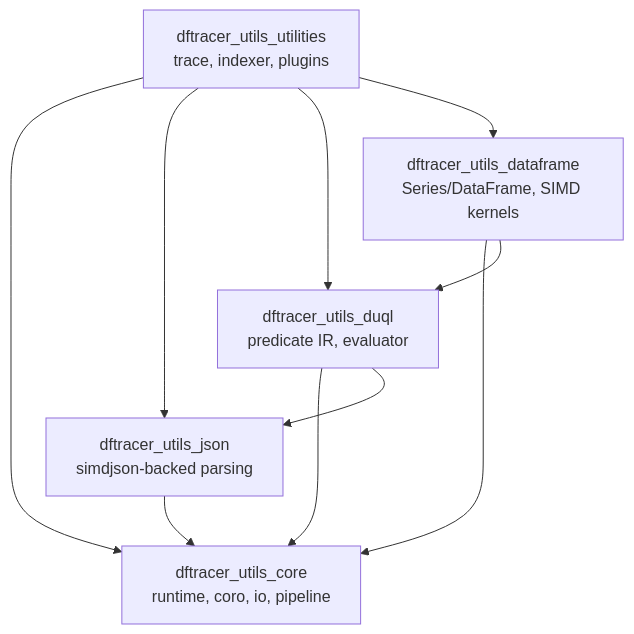
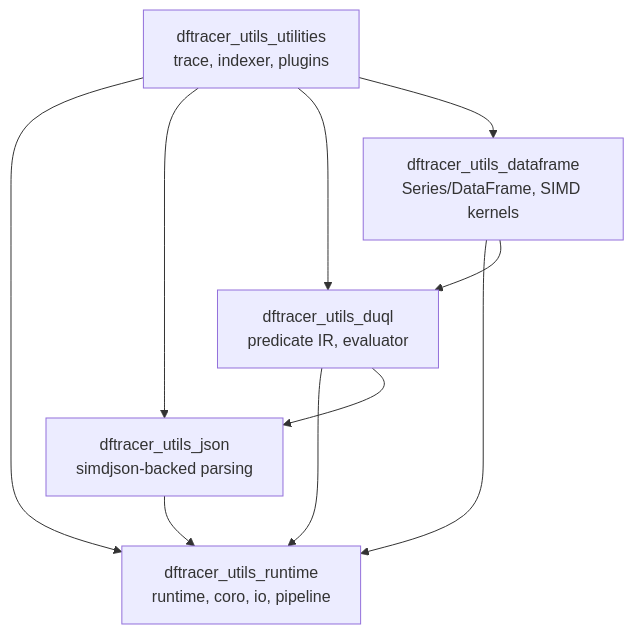
One commit to llnl-asr/dftracer-utils changed the first of 2 diagrams in docs/source/concepts/architecture.rst. Above: the diagram before and after it, drawn with Mermaid. The commit also changed other lines of this file and 549 other files, not shown here.

Commit message:
refactor: rename core to runtime

```diff
--- a/docs/source/concepts/architecture.rst
+++ b/docs/source/concepts/architecture.rst
@@ -40,17 +40,17 @@
 .. mermaid::
 
    graph TB
-       Core["dftracer_utils_core<br/>runtime, coro, io, pipeline"]
+       Runtime["dftracer_utils_runtime<br/>runtime, coro, io, pipeline"]
        Json["dftracer_utils_json<br/>simdjson-backed parsing"]
        Query["dftracer_utils_duql<br/>predicate IR, evaluator"]
        DF["dftracer_utils_dataframe<br/>Series/DataFrame, SIMD kernels"]
        Util["dftracer_utils_utilities<br/>trace, indexer, plugins"]
-       Json --> Core
-       Query --> Core
+       Json --> Runtime
+       Query --> Runtime
        Query --> Json
-       DF --> Core
+       DF --> Runtime
        DF --> Query
-       Util --> Core
+       Util --> Runtime
        Util --> Json
        Util --> Query
        Util --> DF
```
